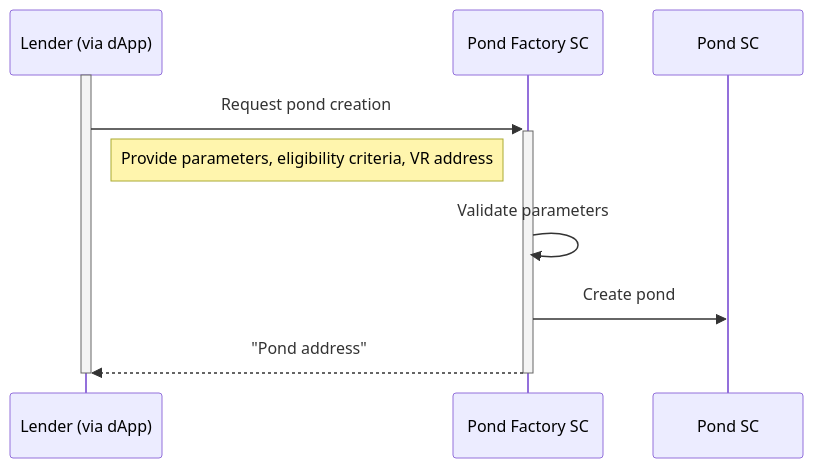
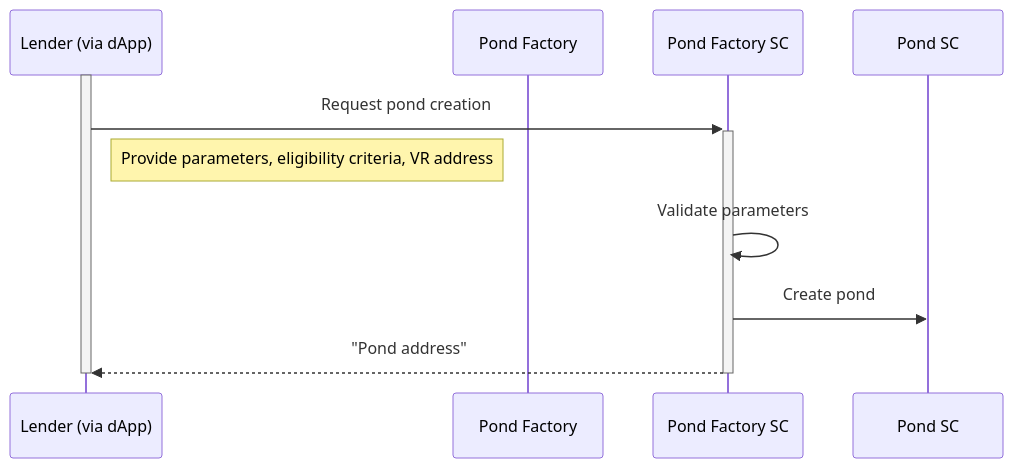
Before and after one commit to growr-xyz/growr-documentation: the diagram in index.md, drawn with Mermaid. The commit also changed 1 other file, not shown here.

Commit message:
Another fix to GitHub pages

````diff
--- a/index.md
+++ b/index.md
@@ -27,12 +27,12 @@
-```mermaid
-sequenceDiagram
-    participant Lender (via dApp)
-    participant Pond Factory SC
-    activate Lender (via dApp)
-    Lender (via dApp)->>+Pond Factory SC: Request pond creation
-    Note right of Lender (via dApp): Provide parameters, eligibility criteria, VR address
-    Pond Factory SC->>Pond Factory SC: Validate parameters
-    Pond Factory SC->>Pond SC: Create pond
-    Pond Factory SC-->>-Lender (via dApp): "Pond address"
-    deactivate Lender (via dApp)
+```mermaid!
+sequenceDiagram;
+    participant Lender (via dApp);
+    participant Pond Factory;
+    activate Lender (via dApp);
+    Lender (via dApp)->>+Pond Factory SC: Request pond creation;
+    Note right of Lender (via dApp): Provide parameters, eligibility criteria, VR address;
+    Pond Factory SC->>Pond Factory SC: Validate parameters;
+    Pond Factory SC->>Pond SC: Create pond;
+    Pond Factory SC-->>-Lender (via dApp): "Pond address";
+    deactivate Lender (via dApp);
 ```
````
